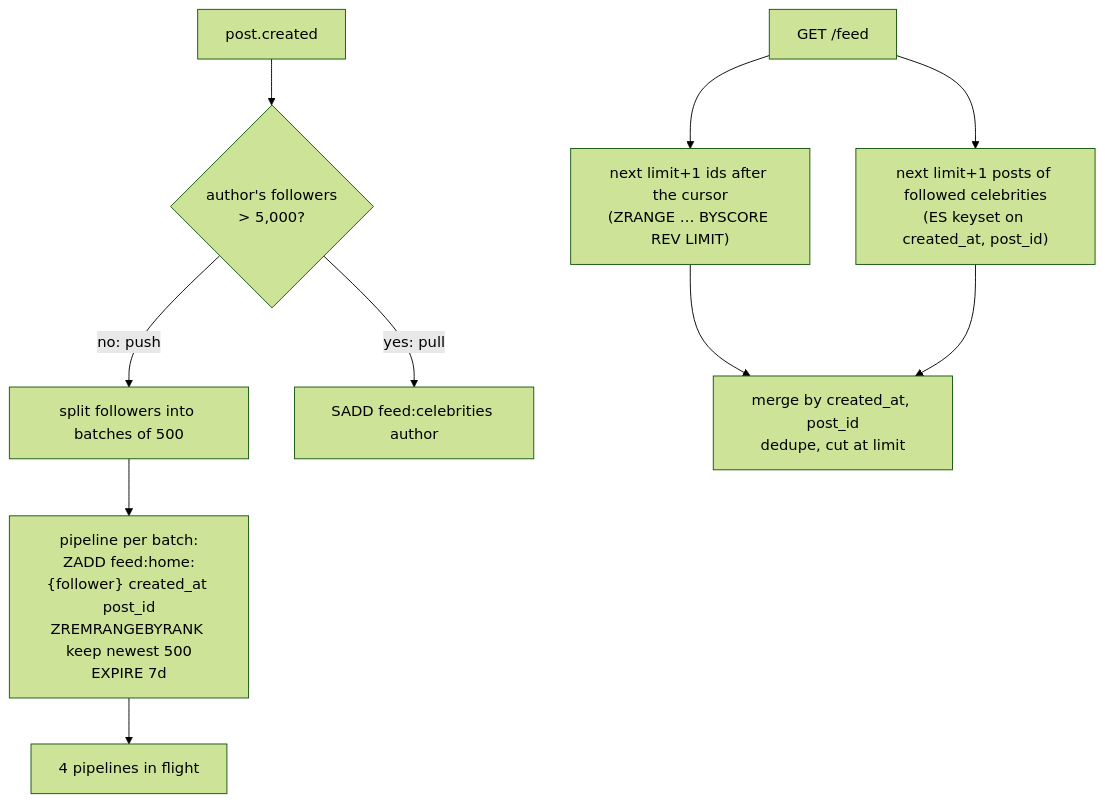
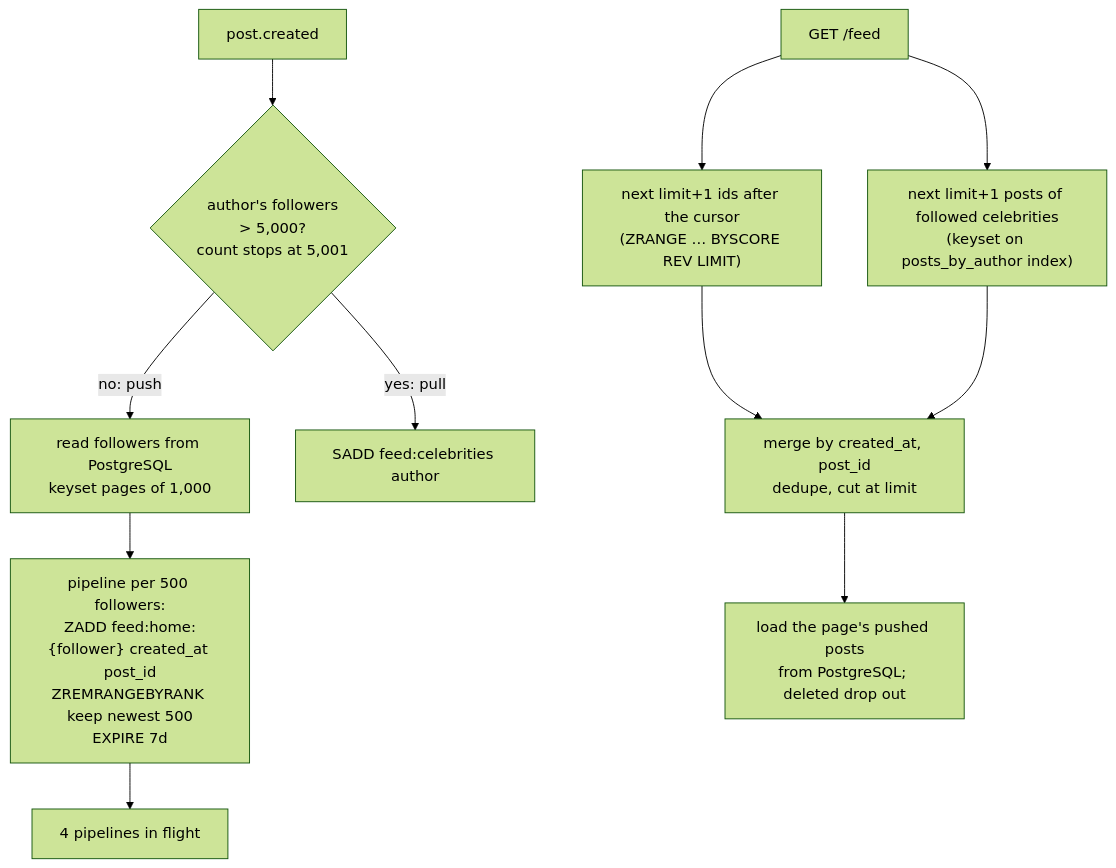
Before and after one commit to Rolinmuuu/Social-AI-Backend: the third of 5 diagrams in docs/ARCHITECTURE.md, drawn with Mermaid (forest theme). The commit also changed other lines of this file and 14 other files, not shown here.

````diff
--- a/docs/ARCHITECTURE.md
+++ b/docs/ARCHITECTURE.md
@@ -103,12 +147,13 @@
 ```mermaid
 flowchart TD
-  E[post.created] --> Q{author's followers<br/>> 5,000?}
-  Q -- no: push --> B[split followers into batches of 500]
-  B --> W["pipeline per batch:<br/>ZADD feed:home:{follower} created_at post_id<br/>ZREMRANGEBYRANK keep newest 500<br/>EXPIRE 7d"]
+  E[post.created] --> Q{author's followers<br/>> 5,000?<br/>count stops at 5,001}
+  Q -- no: push --> B[read followers from PostgreSQL<br/>keyset pages of 1,000]
+  B --> W["pipeline per 500 followers:<br/>ZADD feed:home:{follower} created_at post_id<br/>ZREMRANGEBYRANK keep newest 500<br/>EXPIRE 7d"]
   W --> X[4 pipelines in flight]
   Q -- yes: pull --> CS[SADD feed:celebrities author]
   R[GET /feed] --> M1["next limit+1 ids after the cursor<br/>(ZRANGE … BYSCORE REV LIMIT)"]
-  R --> M2["next limit+1 posts of followed celebrities<br/>(ES keyset on created_at, post_id)"]
+  R --> M2["next limit+1 posts of followed celebrities<br/>(keyset on posts_by_author index)"]
   M1 --> MG[merge by created_at, post_id<br/>dedupe, cut at limit]
   M2 --> MG
+  MG --> H[load the page's pushed posts<br/>from PostgreSQL; deleted drop out]
 ```
````
